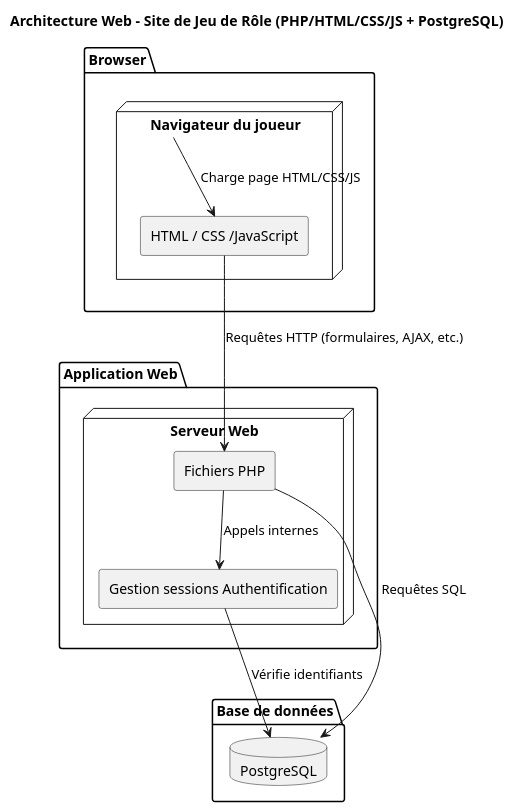
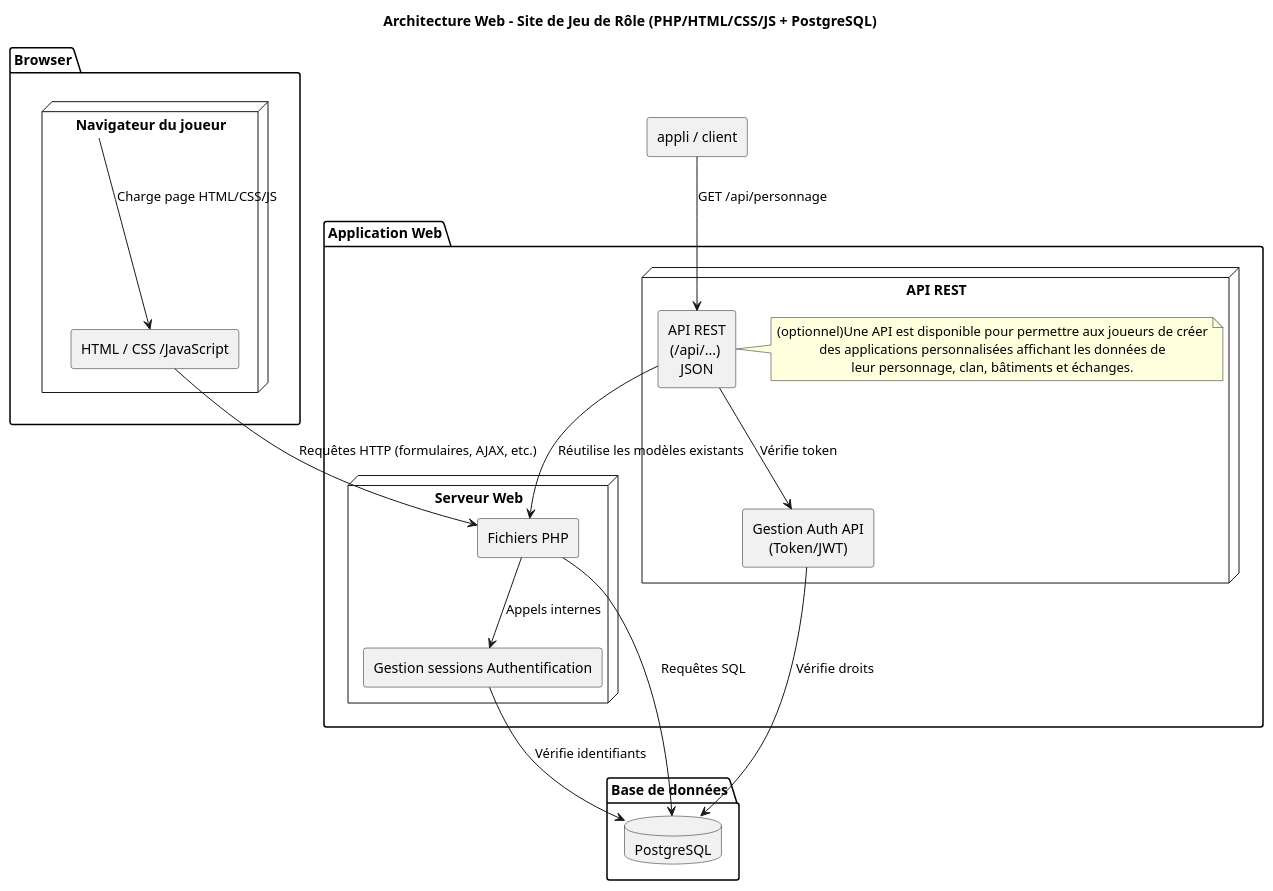
Before and after one commit to SjSlayde/goblangtest: the diagram in docs/architecture/text/architecture_gobland.puml, drawn with PlantUML. The commit also changed 48 other files, not shown here.

Commit message:
ajout de la maquette front fait sur figma format SVG + des asset utiliser pour la maquette

```diff
--- a/docs/architecture/text/architecture_gobland.puml
+++ b/docs/architecture/text/architecture_gobland.puml
@@ -1,35 +1,53 @@
-@startuml ArchitectureWeb
+@startuml architecture_gobland
 title Architecture Web - Site de Jeu de Rôle (PHP/HTML/CSS/JS + PostgreSQL)
 skinparam componentStyle rectangle
 
 skinparam componentStyle rectangle
 skinparam shadowing false
 skinparam defaultTextAlignment center
 
 package "Browser" {
     node "Navigateur du joueur" as browser {
         component "HTML / CSS /JavaScript" as client_code
     }
 }
 
 
 
 package "Application Web" {
     node "Serveur Web" as web_server {
         component "Fichiers PHP" as php_code
         component "Gestion sessions Authentification" as auth_php
     }
+    node "API REST" {
+        component "API REST\n(/api/...) \nJSON" as api
+
+        note right of api
+            (optionnel)Une API est disponible pour permettre aux joueurs de créer
+            des applications personnalisées affichant les données de
+            leur personnage, clan, bâtiments et échanges.
+        end note
+        component "Gestion Auth API\n(Token/JWT)" as api_auth
+    }
 }
 
 package "Base de données" {
     database "PostgreSQL" as db
 }
+
+
+
+[appli / client] --> api : GET /api/personnage
+api --> api_auth : Vérifie token
+api_auth --> db : Vérifie droits
+api --> php_code : Réutilise les modèles existants
+
 
 ' Relations
 browser --> client_code : Charge page HTML/CSS/JS
 client_code --> php_code : Requêtes HTTP (formulaires, AJAX, etc.)
 php_code --> auth_php : Appels internes
 php_code --> db : Requêtes SQL
 auth_php --> db : Vérifie identifiants
 
 @enduml
```
